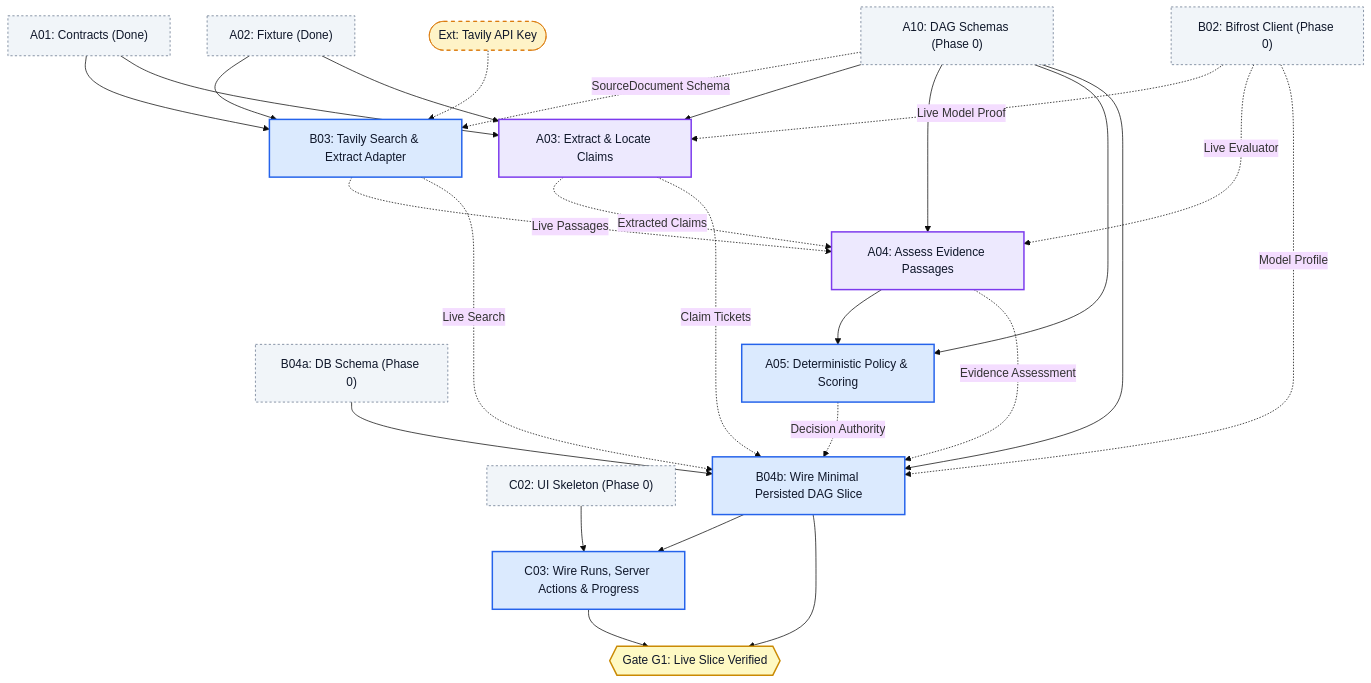
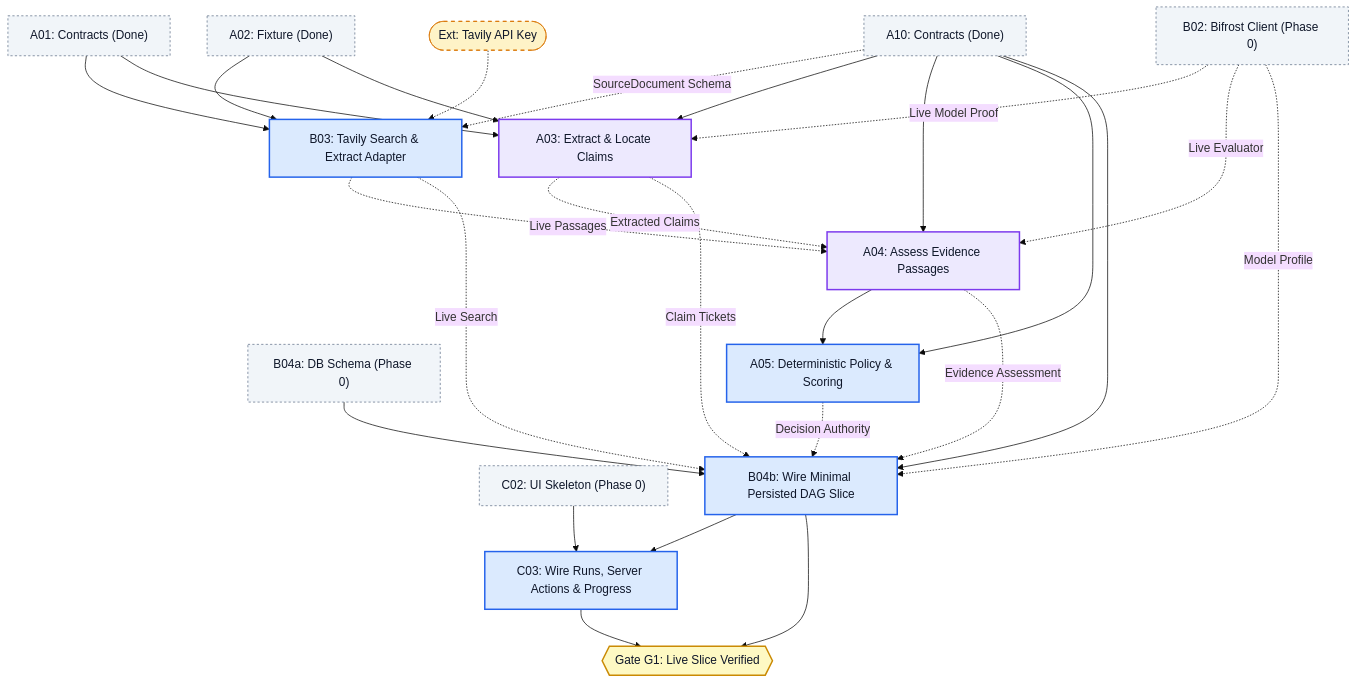
Before and after one commit to Driftaxe/Afterfact: the third of 6 diagrams in docs/PARALLEL-WORK-PLAN.md, drawn with Mermaid (base theme). The commit also changed other lines of this file, not shown here.

````diff
--- a/docs/PARALLEL-WORK-PLAN.md
+++ b/docs/PARALLEL-WORK-PLAN.md
@@ -192,59 +192,59 @@
 ```mermaid
 flowchart TD
     classDef unblocked fill:#dbeafe,stroke:#2563eb,stroke-width:2px,color:#0f172a;
     classDef partial fill:#ede9fe,stroke:#7c3aed,stroke-width:2px,color:#0f172a;
     classDef external fill:#fef3c7,stroke:#d97706,stroke-width:1px,stroke-dasharray: 5 5,color:#0f172a;
     classDef upstream fill:#f1f5f9,stroke:#64748b,stroke-width:1px,stroke-dasharray: 3 3,color:#0f172a;
     classDef gate fill:#fef9c3,stroke:#ca8a04,stroke-width:2px,color:#0f172a;
 
     A01["A01: Contracts (Done)"]:::upstream
     A02["A02: Fixture (Done)"]:::upstream
-    A10["A10: DAG Schemas (Phase 0)"]:::upstream
+    A10["A10: Contracts (Done)"]:::upstream
     B02["B02: Bifrost Client (Phase 0)"]:::upstream
     B04a["B04a: DB Schema (Phase 0)"]:::upstream
     C02["C02: UI Skeleton (Phase 0)"]:::upstream
 
     TavilyKey(["Ext: Tavily API Key"]):::external
     B03["B03: Tavily Search & Extract Adapter"]:::unblocked
 
     A03["A03: Extract & Locate Claims"]:::partial
     A04["A04: Assess Evidence Passages"]:::partial
     A05["A05: Deterministic Policy & Scoring"]:::unblocked
 
     B04b["B04b: Wire Minimal Persisted DAG Slice"]:::unblocked
     C03["C03: Wire Runs, Server Actions & Progress"]:::unblocked
 
     GateG1{{"Gate G1: Live Slice Verified"}}:::gate
 
     A01 --> B03
     A02 --> B03
     A10 -.->|SourceDocument Schema| B03
     TavilyKey -.-> B03
 
     A01 --> A03
     A02 --> A03
     A10 --> A03
     B02 -.->|Live Model Proof| A03
 
     A10 --> A04
     A03 -.->|Extracted Claims| A04
     B03 -.->|Live Passages| A04
     B02 -.->|Live Evaluator| A04
 
     A04 --> A05
     A10 --> A05
 
     B04a --> B04b
     A10 --> B04b
     B02 -.->|Model Profile| B04b
     B03 -.->|Live Search| B04b
     A03 -.->|Claim Tickets| B04b
     A04 -.->|Evidence Assessment| B04b
     A05 -.->|Decision Authority| B04b
 
     C02 --> C03
     B04b --> C03
 
     B04b --> GateG1
     C03 --> GateG1
 ```
````
